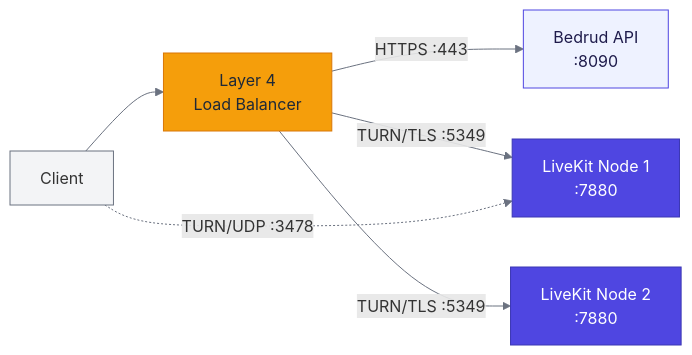
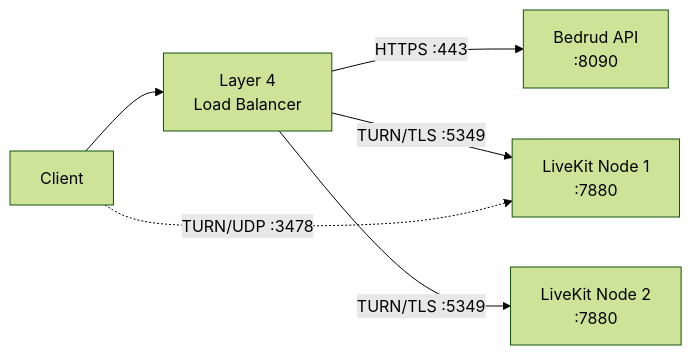
The third of 4 diagrams in docs/architecture/turn-server.md (bedrud-ir/bedrud), drawn with Mermaid before and after one commit. The commit also changed other lines of this file and 9 other files, not shown here.

Commit message:
update mermaid diagrams to use forest theme for consistent rendering

````diff
--- a/docs/architecture/turn-server.md
+++ b/docs/architecture/turn-server.md
@@ -205,26 +170,10 @@
 ```mermaid
-%%{init: {'themeVariables': {
-  'primaryColor': '#4F46E1',
-  'primaryTextColor': '#FFFFFF',
-  'primaryBorderColor': '#3B37B3',
-  'lineColor': '#6B7280',
-  'secondaryColor': '#F3F4F6',
-  'tertiaryColor': '#E5E7EB',
-  'background': '#FFFFFF',
-  'mainBkg': '#EEF2FF',
-  'nodeBorder': '#3B37B3'
-}}}%%
+%%{init: {'theme': 'forest'}}%%
 flowchart LR
     C[Client] --> LB[Layer 4<br/>Load Balancer]
     LB -->|"HTTPS :443"| API[Bedrud API<br/>:8090]
     LB -->|"TURN/TLS :5349"| LK1[LiveKit Node 1<br/>:7880]
     LB -->|"TURN/TLS :5349"| LK2[LiveKit Node 2<br/>:7880]
 
     C -.->|"TURN/UDP :3478"| LK1
-
-    style C fill:#F3F4F6,stroke:#6B7280
-    style LB fill:#F59E0B,stroke:#D97706,color:#1F2937
-    style API fill:#EEF2FF,stroke:#4F46E1,color:#1E1B4B
-    style LK1 fill:#4F46E1,stroke:#3B37B3,color:#FFFFFF
-    style LK2 fill:#4F46E1,stroke:#3B37B3,color:#FFFFFF
 ```
````
